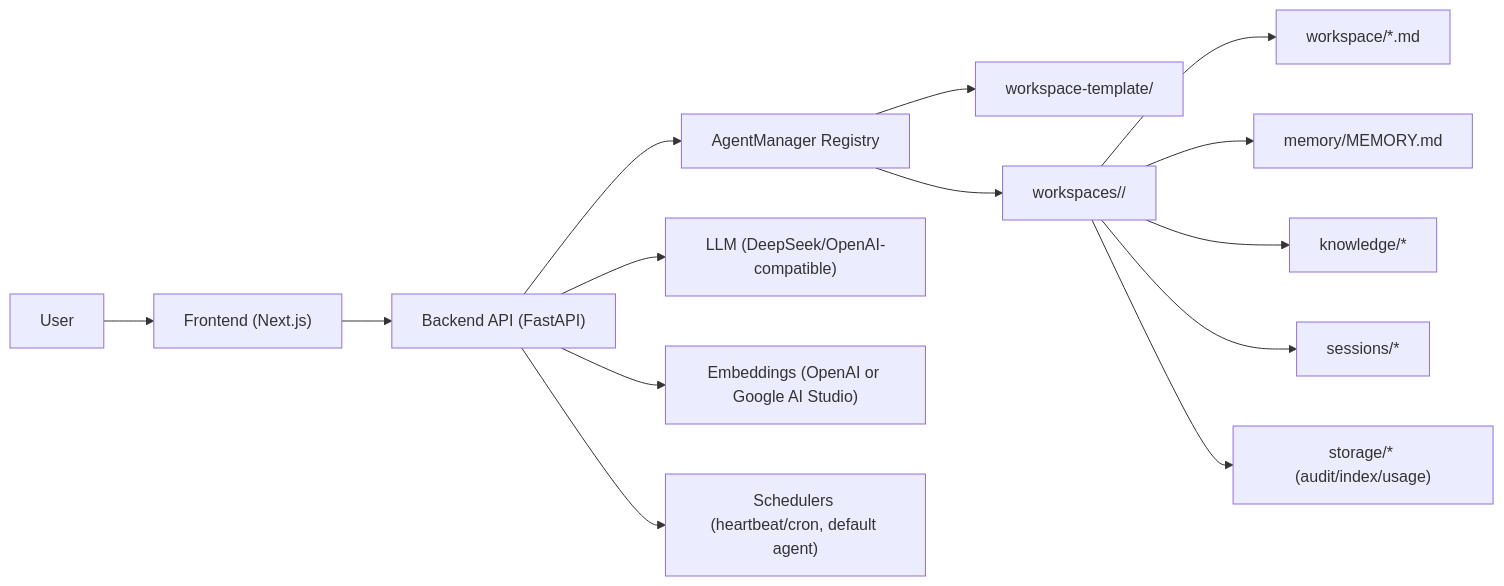
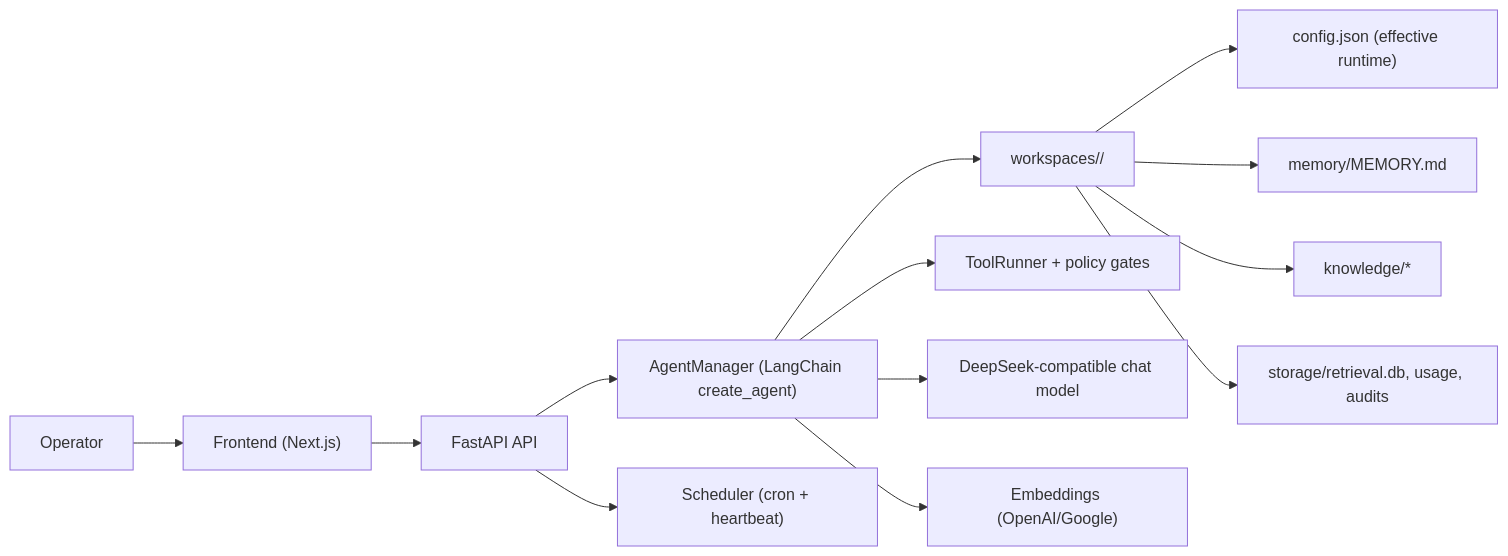
Before and after one commit to kaiqiangh/mini-openclaw-langchain: the diagram in README.md, drawn with Mermaid. The commit also changed other lines of this file and 2 other files, not shown here.

Commit message:
docs(readme): expand architecture, ops, and frontend guides

````diff
--- a/README.md
+++ b/README.md
@@ -11,19 +15,15 @@
 ```mermaid
 flowchart LR
-  U["User"] --> FE["Frontend (Next.js)"]
-  FE --> BE["Backend API (FastAPI)"]
-
-  BE --> REG["AgentManager Registry"]
-  REG --> TPL["workspace-template/"]
-  REG --> WS["workspaces/<agent_id>/"]
-
-  WS --> WSP["workspace/*.md"]
+  U["Operator"] --> FE["Frontend (Next.js)"]
+  FE --> API["FastAPI API"]
+  API --> AM["AgentManager (LangChain create_agent)"]
+  AM --> WS["workspaces/<agent_id>/"]
+  WS --> CFG["config.json (effective runtime)"]
   WS --> MEM["memory/MEMORY.md"]
-  WS --> KN["knowledge/*"]
-  WS --> SES["sessions/*"]
-  WS --> STO["storage/* (audit/index/usage)"]
-
-  BE --> LLM["LLM (DeepSeek/OpenAI-compatible)"]
-  BE --> EMB["Embeddings (OpenAI or Google AI Studio)"]
-  BE --> SCH["Schedulers (heartbeat/cron, default agent)"]
+  WS --> KNOW["knowledge/*"]
+  WS --> STORE["storage/retrieval.db, usage, audits"]
+  API --> SCH["Scheduler (cron + heartbeat)"]
+  AM --> TOOLS["ToolRunner + policy gates"]
+  AM --> LLM["DeepSeek-compatible chat model"]
+  AM --> EMB["Embeddings (OpenAI/Google)"]
 ```
````
